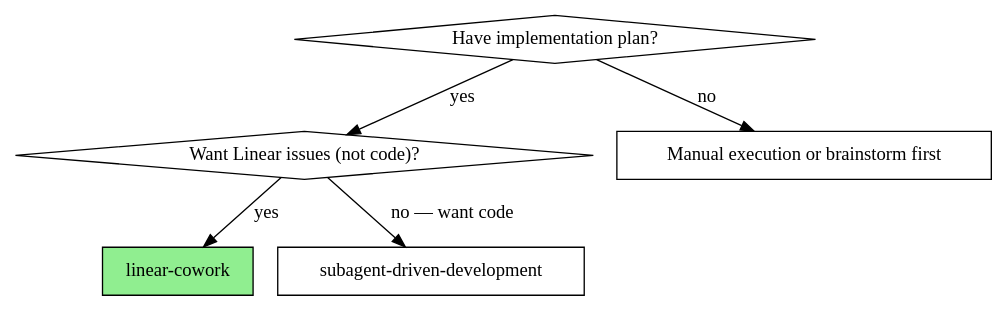
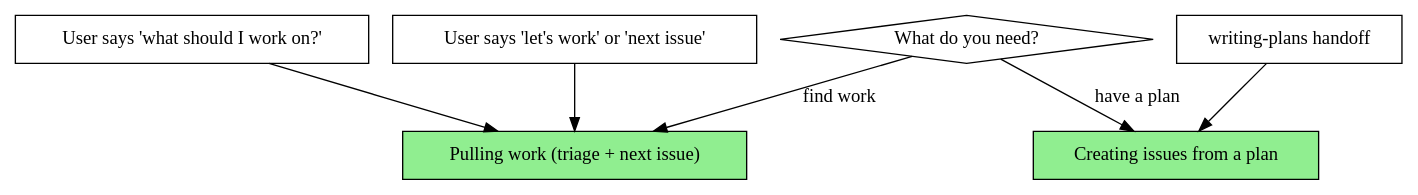
The first of 3 diagrams in skills/linear-cowork/SKILL.md (prokizzle/linear-superpowers), drawn with Graphviz before and after one commit. The commit also changed other lines of this file and 2 other files, not shown here.

First line of the commit message:
feat: Add work-pulling decision flow to linear-cowork

````diff
--- a/skills/linear-cowork/SKILL.md
+++ b/skills/linear-cowork/SKILL.md
@@ -18,14 +21,16 @@
 ```dot
 digraph when_to_use {
-    "Have implementation plan?" [shape=diamond];
-    "Want Linear issues (not code)?" [shape=diamond];
-    "linear-cowork" [shape=box style=filled fillcolor=lightgreen];
-    "subagent-driven-development" [shape=box];
-    "Manual execution or brainstorm first" [shape=box];
+    "What do you need?" [shape=diamond];
+    "Pulling work (triage + next issue)" [shape=box style=filled fillcolor=lightgreen];
+    "Creating issues from a plan" [shape=box style=filled fillcolor=lightgreen];
+    "User says 'what should I work on?'" [shape=box];
+    "User says 'let's work' or 'next issue'" [shape=box];
+    "writing-plans handoff" [shape=box];
 
-    "Have implementation plan?" -> "Want Linear issues (not code)?" [label="yes"];
-    "Have implementation plan?" -> "Manual execution or brainstorm first" [label="no"];
-    "Want Linear issues (not code)?" -> "linear-cowork" [label="yes"];
-    "Want Linear issues (not code)?" -> "subagent-driven-development" [label="no — want code"];
+    "What do you need?" -> "Pulling work (triage + next issue)" [label="find work"];
+    "What do you need?" -> "Creating issues from a plan" [label="have a plan"];
+    "User says 'what should I work on?'" -> "Pulling work (triage + next issue)";
+    "User says 'let's work' or 'next issue'" -> "Pulling work (triage + next issue)";
+    "writing-plans handoff" -> "Creating issues from a plan";
 }
 ```
````
